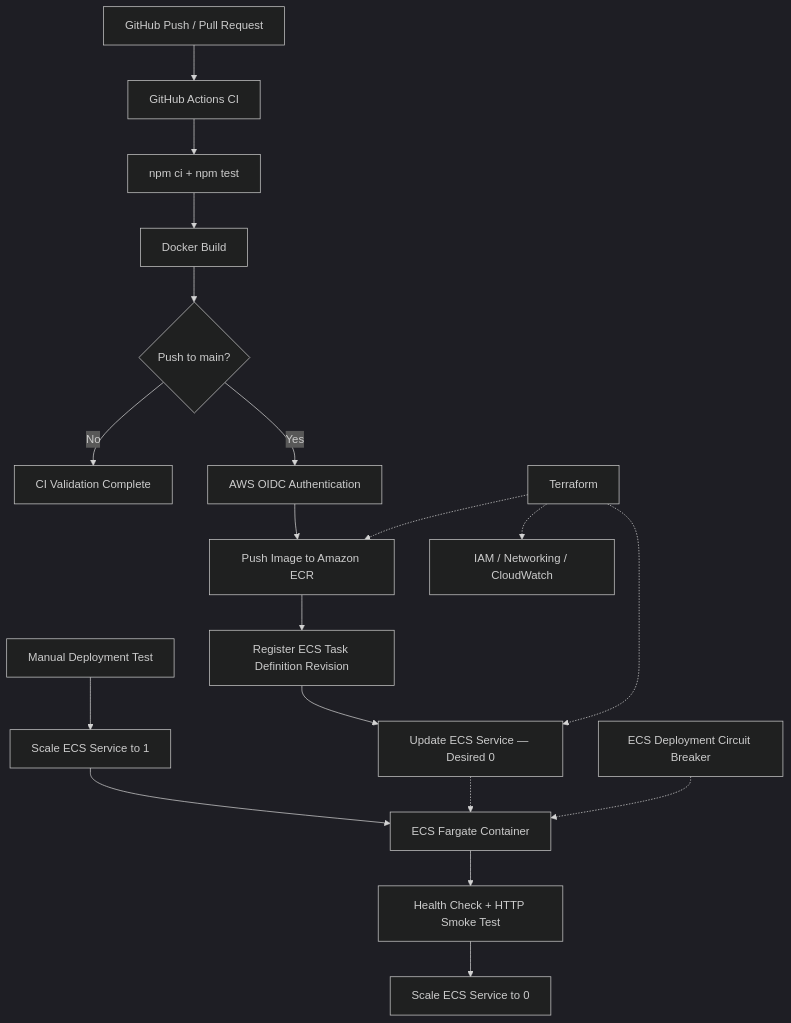
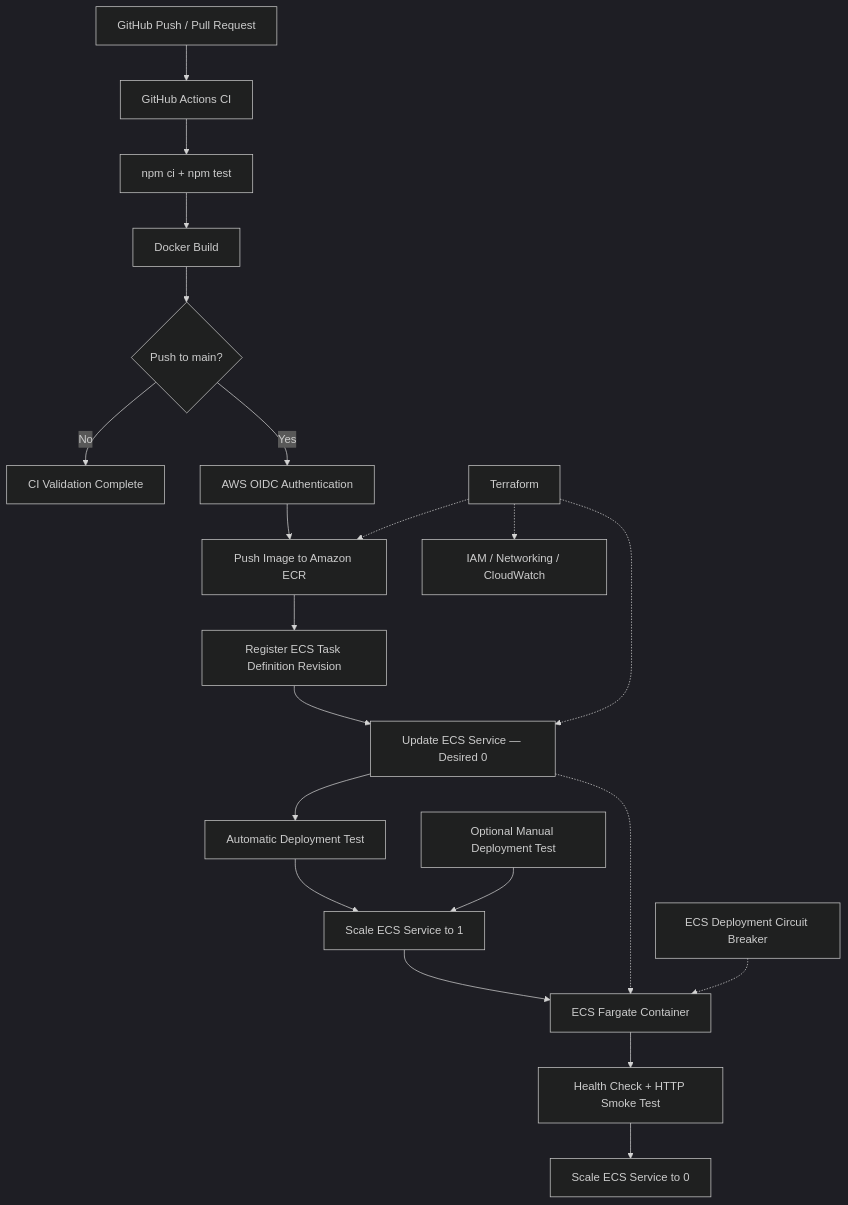
One commit to ahmad-abdulmajid/cloudpipeline-app changed the diagram in README.md. Above: the diagram before and after it, drawn with Mermaid (dark theme). The commit also changed other lines of this file and 1 other file, not shown here.

Commit message:
docs: document fully automated ECS deployment

````diff
--- a/README.md
+++ b/README.md
@@ -21,24 +21,26 @@
 ```mermaid
 flowchart TD
     A["GitHub Push / Pull Request"] --> B["GitHub Actions CI"]
     B --> C["npm ci + npm test"]
     C --> D["Docker Build"]
     D --> E{"Push to main?"}
     E -->|No| F["CI Validation Complete"]
     E -->|Yes| G["AWS OIDC Authentication"]
     G --> H["Push Image to Amazon ECR"]
     H --> I["Register ECS Task Definition Revision"]
     I --> J["Update ECS Service — Desired 0"]
 
-    K["Manual Deployment Test"] --> L["Scale ECS Service to 1"]
+    J --> K["Automatic Deployment Test"]
+    K --> L["Scale ECS Service to 1"]
+    S["Optional Manual Deployment Test"] --> L
     L --> M["ECS Fargate Container"]
     M --> N["Health Check + HTTP Smoke Test"]
     N --> O["Scale ECS Service to 0"]
 
     P["Terraform"] -.-> H
     P -.-> J
     P -.-> Q["IAM / Networking / CloudWatch"]
 
     J -.-> M
     R["ECS Deployment Circuit Breaker"] -.-> M
 ```
````
